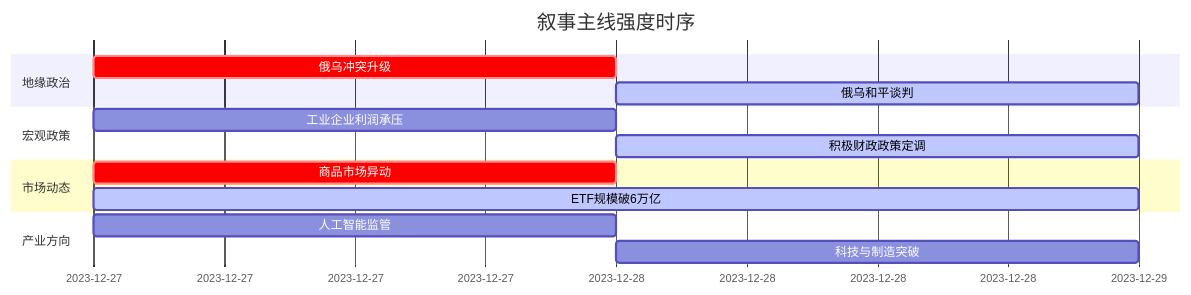
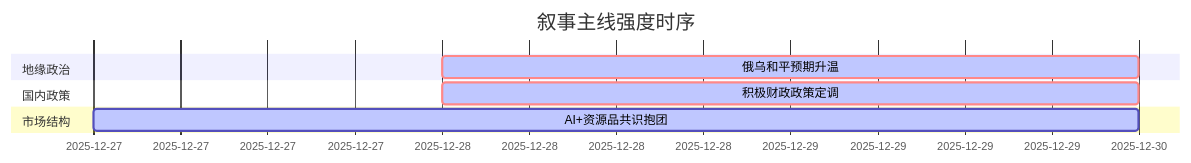
Before and after one commit to uu5zn/uu5zn.github.io: the diagram in README.md, drawn with Mermaid. The commit also changed other lines of this file and 16 other files, not shown here.

````diff
--- a/README.md
+++ b/README.md
@@ -56,20 +56,13 @@
 ```mermaid
 gantt
     title 叙事主线强度时序
     dateFormat  YYYY-MM-DD
     section 地缘政治
-    俄乌冲突升级   :crit, 2023-12-27, 1d
-    俄乌和平谈判   :active, 2023-12-28, 2023-12-29
+    俄乌和平预期升温   :crit, active, 2025-12-28, 2d
     
-    section 宏观政策
-    工业企业利润承压   :2023-12-27, 2023-12-28
-    积极财政政策定调   :active, 2023-12-28, 2023-12-29
+    section 国内政策
+    积极财政政策定调   :crit, active, 2025-12-28, 2d
     
-    section 市场动态
-    商品市场异动   :crit, 2023-12-27, 2023-12-28
-    ETF规模破6万亿   :active, 2023-12-27, 2023-12-29
-    
-    section 产业方向
-    人工智能监管   :2023-12-27, 1d
-    科技与制造突破   :2023-12-28, 2023-12-29
+    section 市场结构
+    AI+资源品共识抱团  :active, 2025-12-27, 3d
 ```
````
